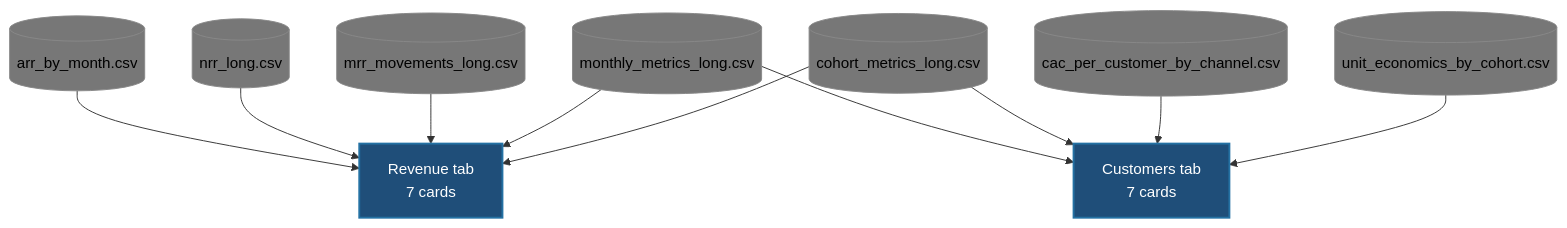
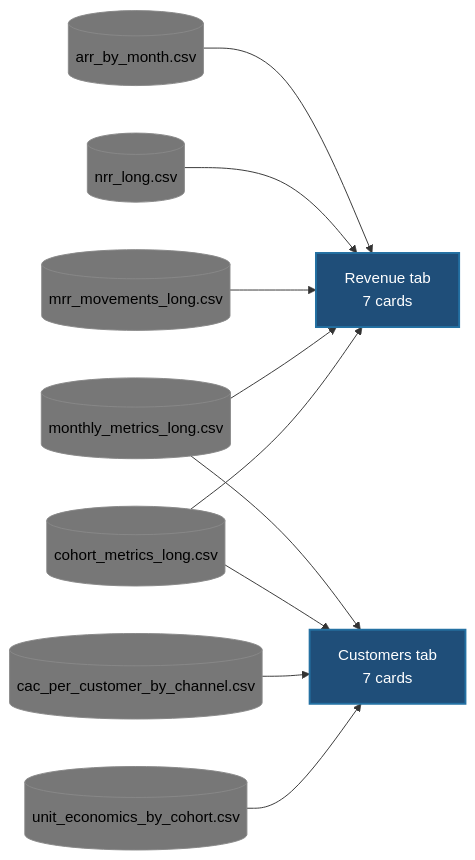
One commit to SandyGCabanes/SaaS-Cohort-Unit-Economics-Dashboards changed the second of 12 diagrams in source/build_dashboard_from_dbt_exports/README.md. Above: the diagram before and after it, drawn with Mermaid.

Commit message:
Update graph direction in README
Changed graph direction from TD to LR in README.

````diff
--- a/source/build_dashboard_from_dbt_exports/README.md
+++ b/source/build_dashboard_from_dbt_exports/README.md
@@ -79,28 +79,28 @@
 ```mermaid
-graph TD
+graph LR
     monthly[("monthly_metrics_long.csv")]
     arr[("arr_by_month.csv")]
     movements[("mrr_movements_long.csv")]
     nrr[("nrr_long.csv")]
     cohort[("cohort_metrics_long.csv")]
     cac[("cac_per_customer_by_channel.csv")]
     unit[("unit_economics_by_cohort.csv")]
     revenue["Revenue tab<br/>7 cards"]
     customers["Customers tab<br/>7 cards"]
 
     
     arr --> revenue
     nrr --> revenue
     movements --> revenue
     monthly --> revenue
     cohort --> revenue
     monthly --> customers
     cohort --> customers
     cac --> customers
     unit --> customers
 
     classDef file fill:#777777,stroke:#888888,color:#000000
     classDef target fill:#1F4E79,stroke:#2471a3,stroke-width:2px,color:#ffffff
     class monthly,arr,movements,nrr,cohort,cac,unit file
     class revenue,customers target
 ```
````
